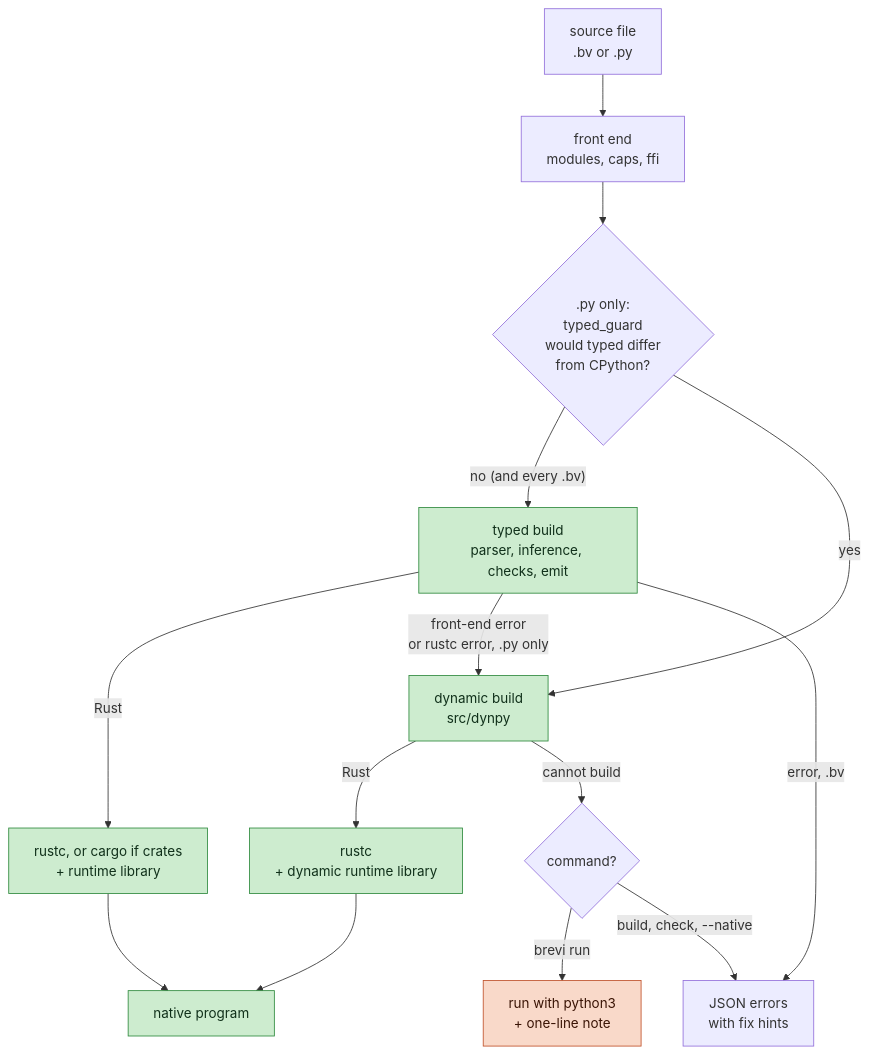
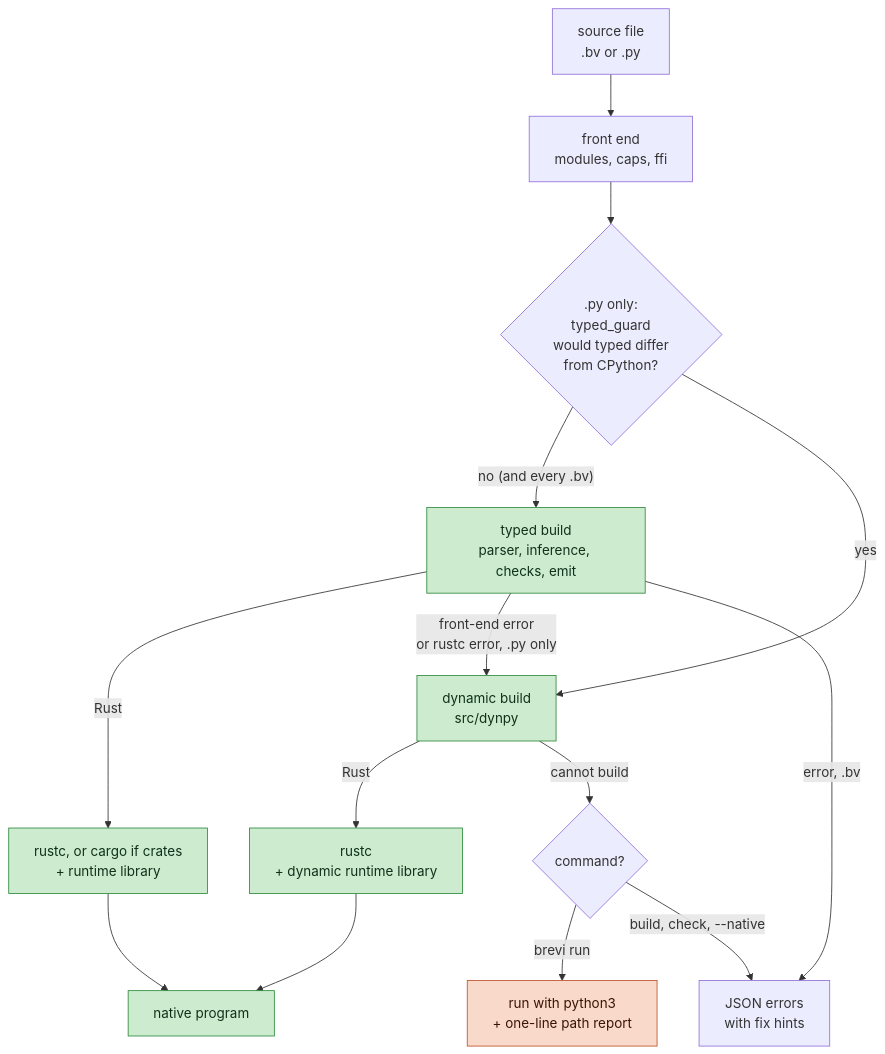
The second of 6 diagrams in docs/ARCHITECTURE.md (ets-public/brevi), drawn with Mermaid before and after one commit. The commit also changed other lines of this file and 41 other files, not shown here.

First line of the commit message:
Report which path each build took: typed, pybridge, dynamic or CPython (#154)

````diff
--- a/docs/ARCHITECTURE.md
+++ b/docs/ARCHITECTURE.md
@@ -41,21 +60,21 @@
 ```mermaid
 flowchart TD
     SRC["source file<br/>.bv or .py"] --> FRONT["front end<br/>modules, caps, ffi"]
     FRONT --> GUARD{".py only:<br/>typed_guard<br/>would typed differ<br/>from CPython?"}
     GUARD -- "no (and every .bv)" --> TYPED["typed build<br/>parser, inference, checks, emit"]
     GUARD -- "yes" --> DYN["dynamic build<br/>src/dynpy"]
     TYPED -- "Rust" --> RUSTC["rustc, or cargo if crates<br/>+ runtime library"]
     TYPED -- "front-end error<br/>or rustc error, .py only" --> DYN
     DYN -- "Rust" --> RUSTC2["rustc<br/>+ dynamic runtime library"]
     RUSTC --> BIN["native program"]
     RUSTC2 --> BIN
     DYN -- "cannot build" --> FAIL{"command?"}
     TYPED -- "error, .bv" --> ERR["JSON errors<br/>with fix hints"]
-    FAIL -- "brevi run" --> PY["run with python3<br/>+ one-line note"]
+    FAIL -- "brevi run" --> PY["run with python3<br/>+ one-line path report"]
     FAIL -- "build, check, --native" --> ERR
     classDef native fill:#cdeccf,stroke:#2f8a3e,color:#10301a
     classDef mixed fill:#fdf0c2,stroke:#b58a12,color:#3a2a00
     classDef cpython fill:#f9d9c9,stroke:#c0522b,color:#3a1405
     class TYPED,DYN,RUSTC,RUSTC2,BIN native
     class PY cpython
 ```
````
